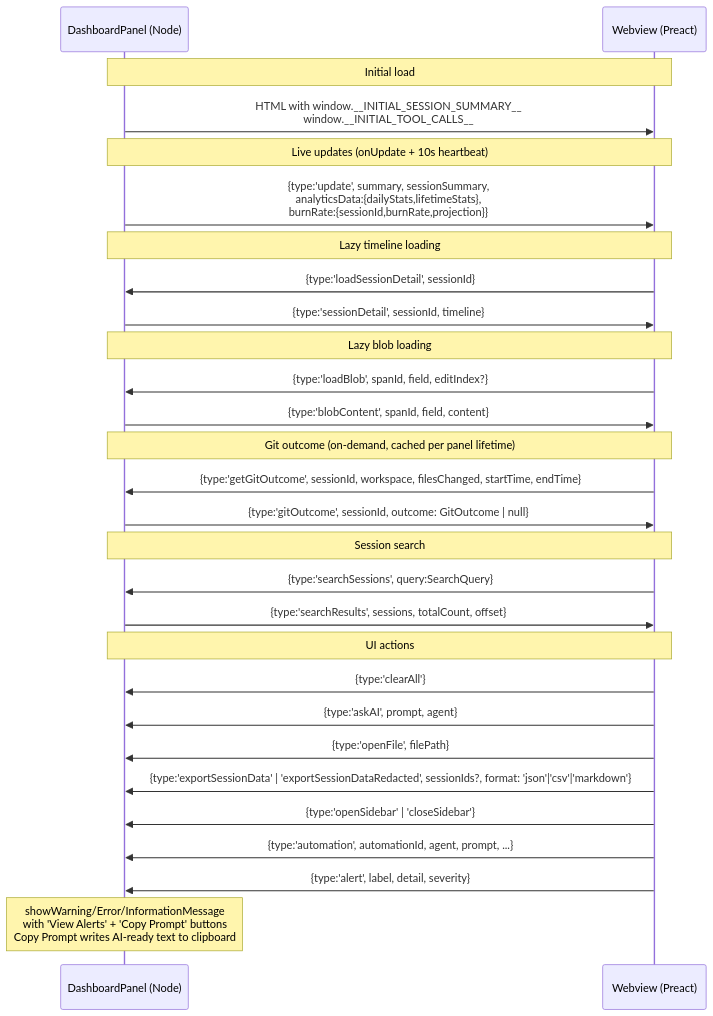
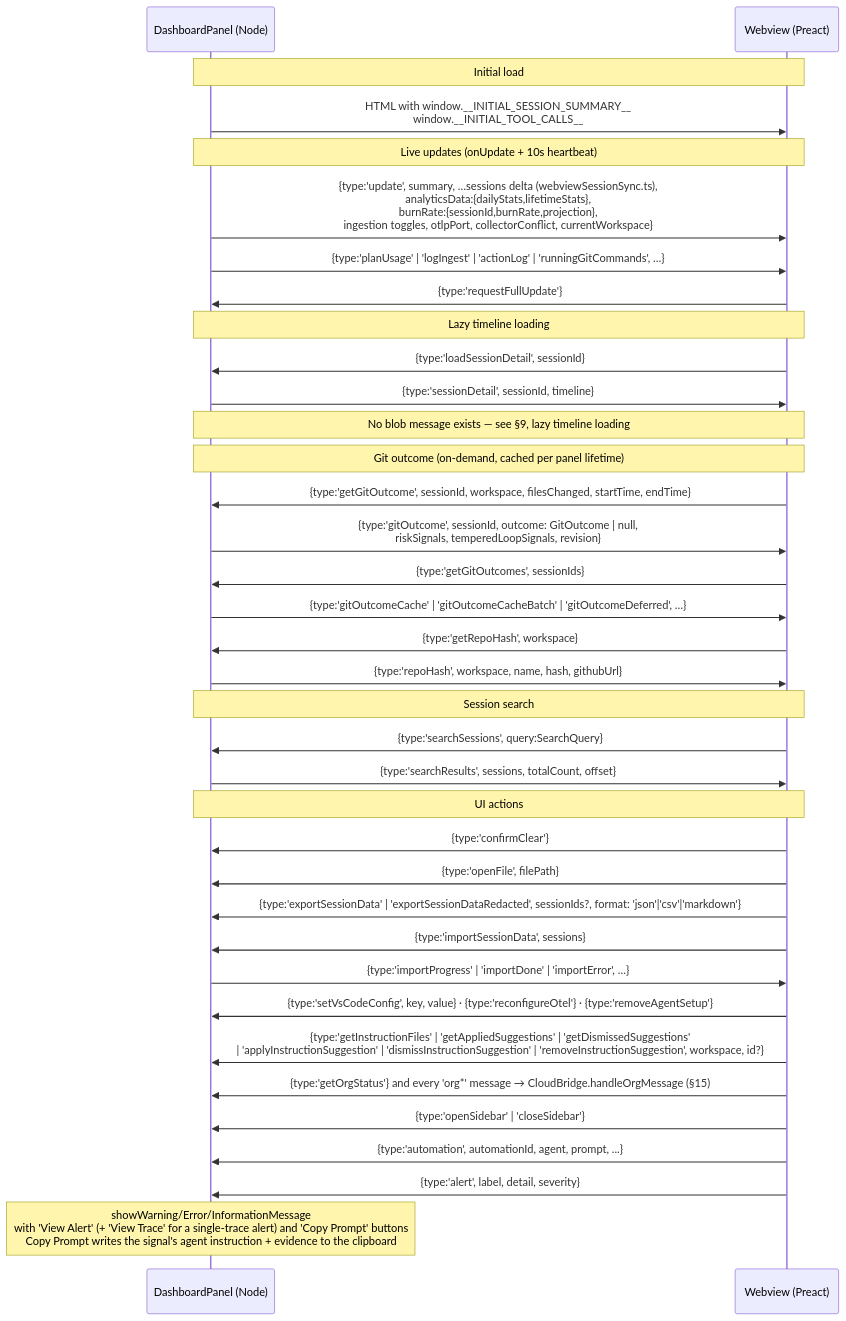
Before and after one commit to traceroost/core: diagram 15 of 20 in ARCHITECTURE.md, drawn with Mermaid. The commit also changed other lines of this file, not shown here.

First line of the commit message:
Docs: audit ARCHITECTURE.md §§9–15 and the File Map against the code

````diff
--- a/ARCHITECTURE.md
+++ b/ARCHITECTURE.md
@@ -909,37 +911,45 @@
 ```mermaid
 sequenceDiagram
     participant EXT as DashboardPanel (Node)
     participant WV  as Webview (Preact)
 
     Note over EXT,WV: Initial load
     EXT->>WV: HTML with window.__INITIAL_SESSION_SUMMARY__<br/>window.__INITIAL_TOOL_CALLS__
 
     Note over EXT,WV: Live updates (onUpdate + 10s heartbeat)
-    EXT->>WV: {type:'update', summary, sessionSummary,<br/>analyticsData:{dailyStats,lifetimeStats},<br/>burnRate:{sessionId,burnRate,projection}}
+    EXT->>WV: {type:'update', summary, …sessions delta (webviewSessionSync.ts),<br/>analyticsData:{dailyStats,lifetimeStats},<br/>burnRate:{sessionId,burnRate,projection},<br/>ingestion toggles, otlpPort, collectorConflict, currentWorkspace}
+    EXT->>WV: {type:'planUsage' | 'logIngest' | 'actionLog' | 'runningGitCommands', …}
+    WV->>EXT: {type:'requestFullUpdate'}
 
     Note over EXT,WV: Lazy timeline loading
     WV->>EXT: {type:'loadSessionDetail', sessionId}
     EXT->>WV: {type:'sessionDetail', sessionId, timeline}
 
-    Note over EXT,WV: Lazy blob loading
-    WV->>EXT: {type:'loadBlob', spanId, field, editIndex?}
-    EXT->>WV: {type:'blobContent', spanId, field, content}
+    Note over EXT,WV: No blob message exists — see §9, lazy timeline loading
 
     Note over EXT,WV: Git outcome (on-demand, cached per panel lifetime)
     WV->>EXT: {type:'getGitOutcome', sessionId, workspace, filesChanged, startTime, endTime}
-    EXT->>WV: {type:'gitOutcome', sessionId, outcome: GitOutcome | null}
+    EXT->>WV: {type:'gitOutcome', sessionId, outcome: GitOutcome | null,<br/>riskSignals, temperedLoopSignals, revision}
+    WV->>EXT: {type:'getGitOutcomes', sessionIds}
+    EXT->>WV: {type:'gitOutcomeCache' | 'gitOutcomeCacheBatch' | 'gitOutcomeDeferred', …}
+    WV->>EXT: {type:'getRepoHash', workspace}
+    EXT->>WV: {type:'repoHash', workspace, name, hash, githubUrl}
 
     Note over EXT,WV: Session search
     WV->>EXT: {type:'searchSessions', query:SearchQuery}
     EXT->>WV: {type:'searchResults', sessions, totalCount, offset}
 
     Note over EXT,WV: UI actions
-    WV->>EXT: {type:'clearAll'}
-    WV->>EXT: {type:'askAI', prompt, agent}
+    WV->>EXT: {type:'confirmClear'}
     WV->>EXT: {type:'openFile', filePath}
     WV->>EXT: {type:'exportSessionData' | 'exportSessionDataRedacted', sessionIds?, format: 'json'|'csv'|'markdown'}
+    WV->>EXT: {type:'importSessionData', sessions}
+    EXT->>WV: {type:'importProgress' | 'importDone' | 'importError', …}
+    WV->>EXT: {type:'setVsCodeConfig', key, value} · {type:'reconfigureOtel'} · {type:'removeAgentSetup'}
+    WV->>EXT: {type:'getInstructionFiles' | 'getAppliedSuggestions' | 'getDismissedSuggestions'<br/>| 'applyInstructionSuggestion' | 'dismissInstructionSuggestion' | 'removeInstructionSuggestion', workspace, id?}
+    WV->>EXT: {type:'getOrgStatus'} and every 'org*' message → CloudBridge.handleOrgMessage (§15)
     WV->>EXT: {type:'openSidebar' | 'closeSidebar'}
     WV->>EXT: {type:'automation', automationId, agent, prompt, ...}
     WV->>EXT: {type:'alert', label, detail, severity}
-    Note over EXT: showWarning/Error/InformationMessage<br/>with 'View Alerts' + 'Copy Prompt' buttons<br/>Copy Prompt writes AI-ready text to clipboard
+    Note over EXT: showWarning/Error/InformationMessage<br/>with 'View Alert' (+ 'View Trace' for a single-trace alert) and 'Copy Prompt' buttons<br/>Copy Prompt writes the signal's agent instruction + evidence to the clipboard
 ```
````
